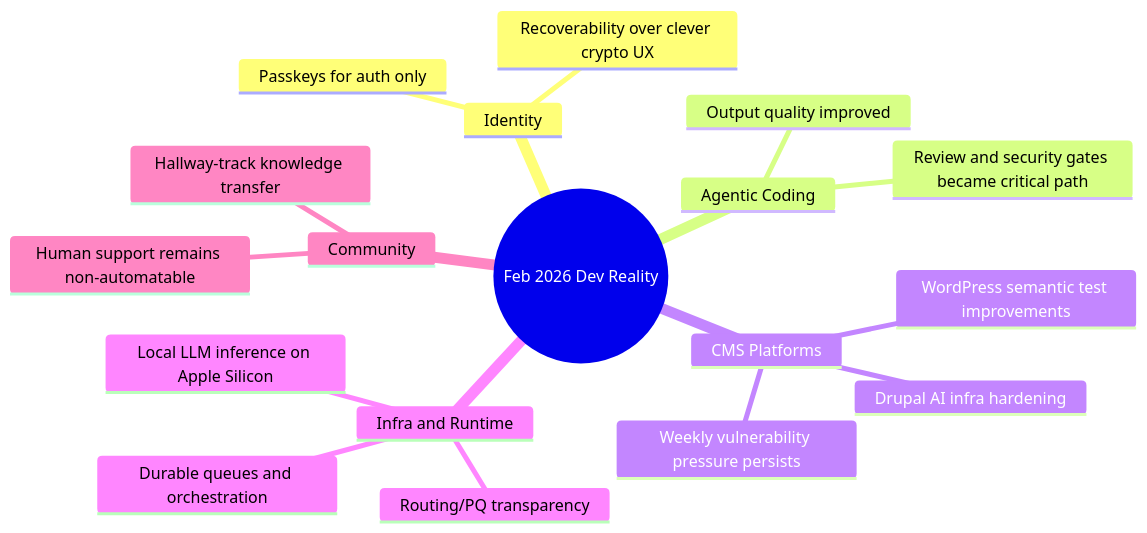
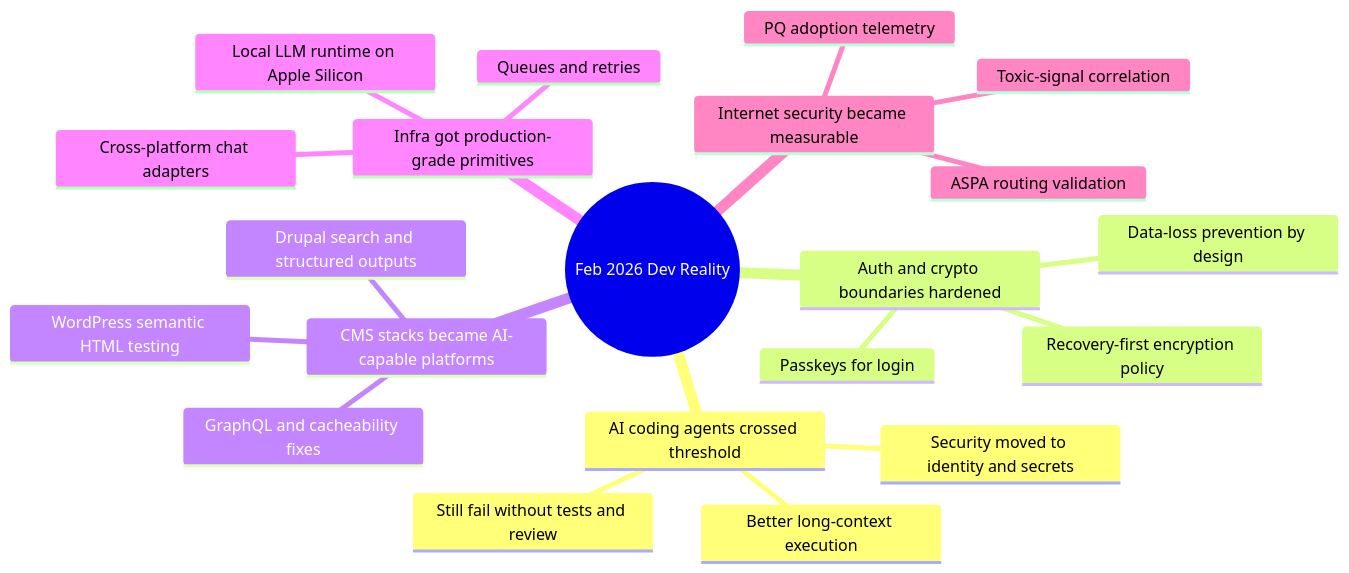
One commit to victorstack-ai/agent-blog changed the diagram in blog/2026-02-28-please-please-please-stop-using-passkeys-for-encrypting-user.md. Above: the diagram before and after it, drawn with Mermaid. The commit also changed other lines of this file, not shown here.

Commit message:
Publish learning devlog: 2026-02-28-please-please-please-stop-using-passkeys-for-encrypting-user

````diff
--- a/blog/2026-02-28-please-please-please-stop-using-passkeys-for-encrypting-user.md
+++ b/blog/2026-02-28-please-please-please-stop-using-passkeys-for-encrypting-user.md
@@ -154,21 +230,24 @@
 ```mermaid
 mindmap
   root((Feb 2026 Dev Reality))
-    Identity
-      Passkeys for auth only
-      Recoverability over clever crypto UX
-    Agentic Coding
-      Output quality improved
-      Review and security gates became critical path
-    CMS Platforms
-      Drupal AI infra hardening
-      WordPress semantic test improvements
-      Weekly vulnerability pressure persists
-    Infra and Runtime
-      Durable queues and orchestration
-      Routing/PQ transparency
-      Local LLM inference on Apple Silicon
-    Community
-      Hallway-track knowledge transfer
-      Human support remains non-automatable
+    AI coding agents crossed threshold
+      Better long-context execution
+      Still fail without tests and review
+      Security moved to identity and secrets
+    Auth and crypto boundaries hardened
+      Passkeys for login
+      Recovery-first encryption policy
+      Data-loss prevention by design
+    CMS stacks became AI-capable platforms
+      Drupal search and structured outputs
+      GraphQL and cacheability fixes
+      WordPress semantic HTML testing
+    Infra got production-grade primitives
+      Queues and retries
+      Cross-platform chat adapters
+      Local LLM runtime on Apple Silicon
+    Internet security became measurable
+      PQ adoption telemetry
+      ASPA routing validation
+      Toxic-signal correlation
 ```
````
